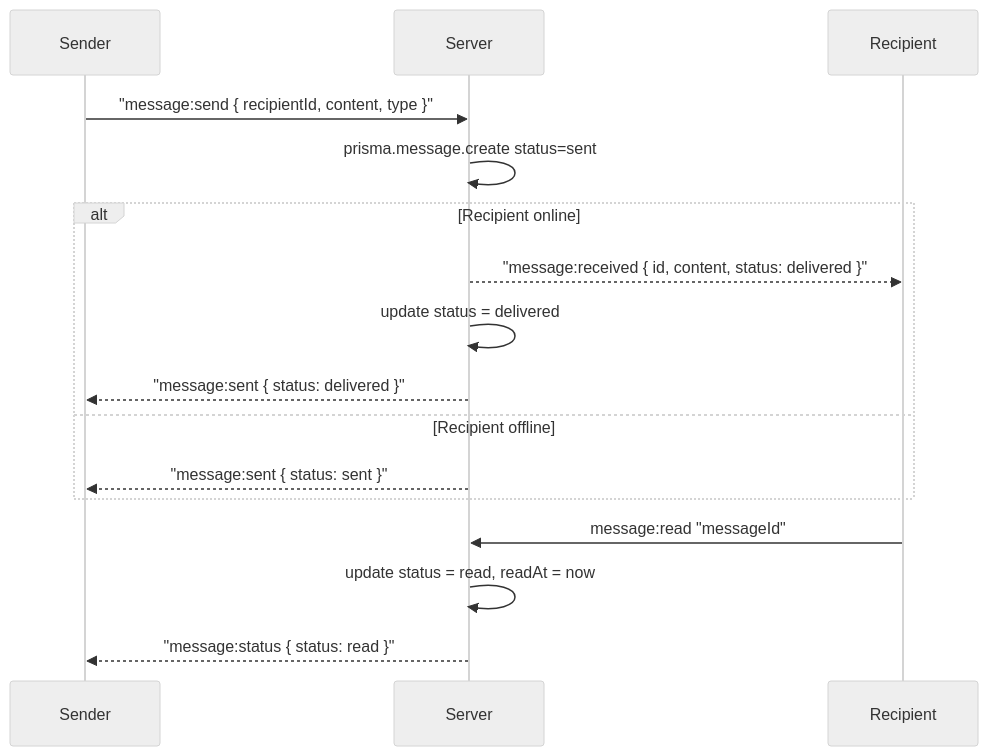
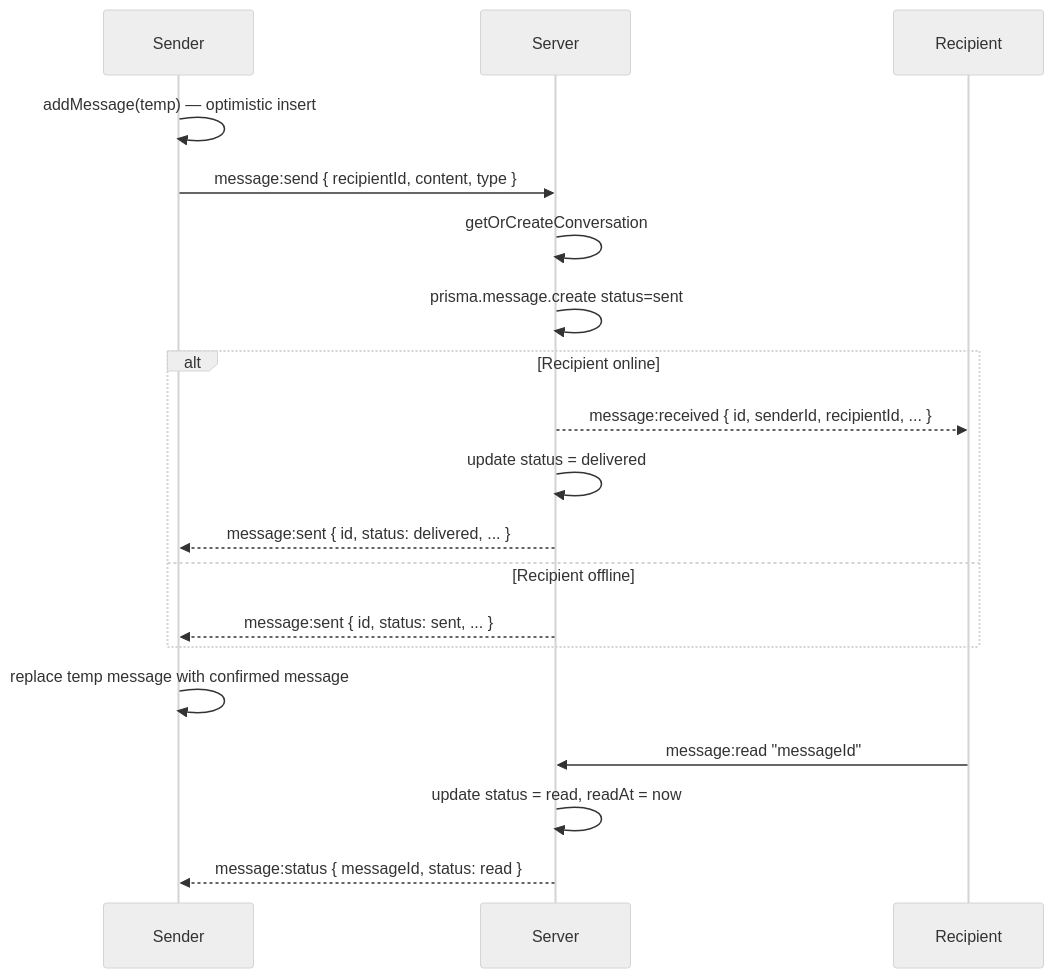
Before and after one commit to neofuture/chatr: the fifth of 8 diagrams in Documentation/Features/MESSAGING.md, drawn with Mermaid (neutral theme). The commit also changed other lines of this file and 158 other files, not shown here.

````diff
--- a/Documentation/Features/MESSAGING.md
+++ b/Documentation/Features/MESSAGING.md
@@ -42,20 +127,23 @@
 ```mermaid
 sequenceDiagram
     participant S as Sender
     participant SV as Server
     participant R as Recipient
 
-    S->>SV: "message:send { recipientId, content, type }"
+    S->>S: addMessage(temp) — optimistic insert
+    S->>SV: message:send { recipientId, content, type }
+    SV->>SV: getOrCreateConversation
     SV->>SV: prisma.message.create status=sent
     alt Recipient online
-        SV-->>R: "message:received { id, content, status: delivered }"
+        SV-->>R: message:received { id, senderId, recipientId, ... }
         SV->>SV: update status = delivered
-        SV-->>S: "message:sent { status: delivered }"
+        SV-->>S: message:sent { id, status: delivered, ... }
     else Recipient offline
-        SV-->>S: "message:sent { status: sent }"
+        SV-->>S: message:sent { id, status: sent, ... }
     end
+    S->>S: replace temp message with confirmed message
 
     R->>SV: message:read "messageId"
     SV->>SV: update status = read, readAt = now
-    SV-->>S: "message:status { status: read }"
+    SV-->>S: message:status { messageId, status: read }
 ```
````
